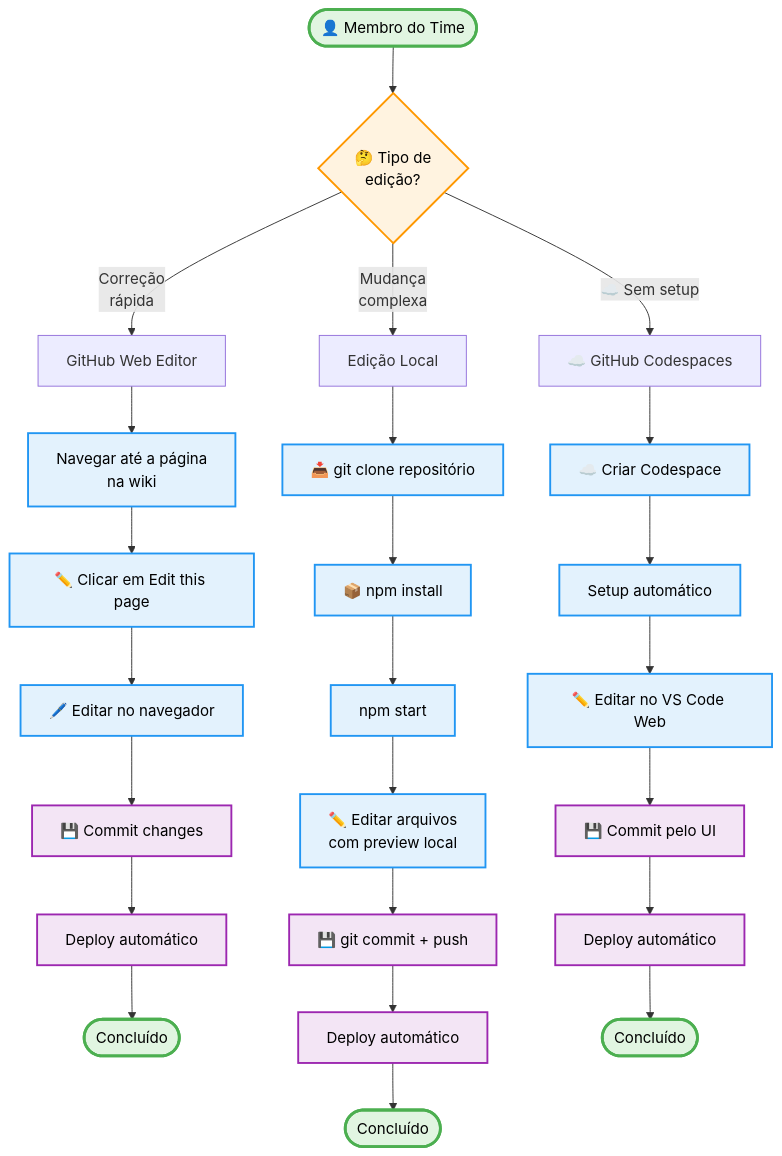
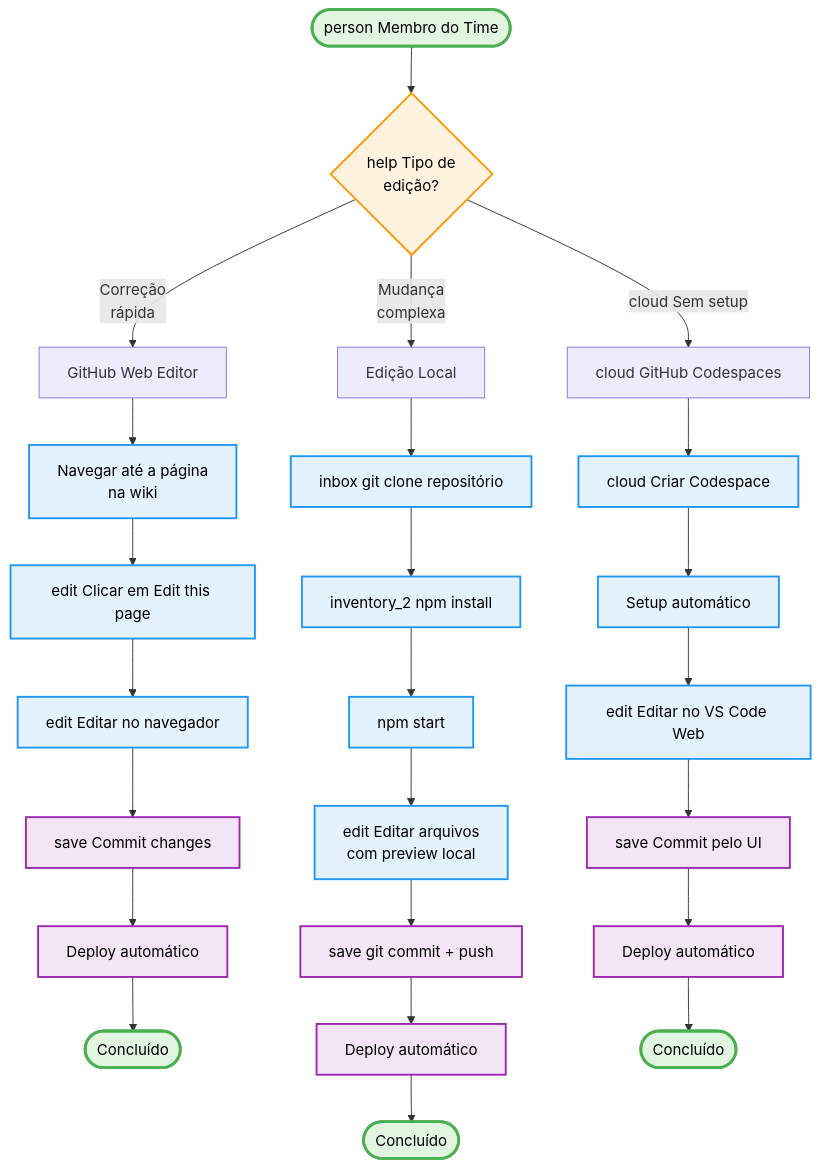
The first of 2 diagrams in documentation/docs/guides/editing-docs.md (fabioeducacross/Ambiente_de_Prototipacao_V5), drawn with Mermaid before and after one commit. The commit also changed other lines of this file and 46 other files, not shown here.

First line of the commit message:
feat: substitui emojis por Material Symbols icons na wiki

````diff
--- a/documentation/docs/guides/editing-docs.md
+++ b/documentation/docs/guides/editing-docs.md
@@ -31,40 +31,40 @@
 ```mermaid
 graph TD
-    Start([👤 Membro do Time]) --> Decision1{🤔 Tipo de<br/>edição?}
+    Start([<span class="material-symbols-outlined">person</span> Membro do Time]) --> Decision1{<span class="material-symbols-outlined">help</span> Tipo de<br/>edição?}
     
     Decision1 -->|<IconEdit /> Correção<br/>rápida| GitHub[<IconGlobe /> GitHub Web Editor]
     Decision1 -->|<IconSettings /> Mudança<br/>complexa| Local[<IconCode /> Edição Local]
-    Decision1 -->|☁️ Sem setup| Codespaces[☁️ GitHub Codespaces]
+    Decision1 -->|<span class="material-symbols-outlined">cloud</span> Sem setup| Codespaces[<span class="material-symbols-outlined">cloud</span> GitHub Codespaces]
     
     GitHub --> Navigate1[<IconDocument /> Navegar até a página<br/>na wiki]
-    Navigate1 --> ClickEdit[✏️ Clicar em Edit this page]
-    ClickEdit --> EditOnline[🖊️ Editar no navegador]
-    EditOnline --> Commit1[💾 Commit changes]
+    Navigate1 --> ClickEdit[<span class="material-symbols-outlined">edit</span> Clicar em Edit this page]
+    ClickEdit --> EditOnline[<span class="material-symbols-outlined">edit</span> Editar no navegador]
+    EditOnline --> Commit1[<span class="material-symbols-outlined">save</span> Commit changes]
     Commit1 --> Deploy1[<IconRocket /> Deploy automático]
     Deploy1 --> End1([<IconCheck /> Concluído])
     
-    Local --> Clone[📥 git clone repositório]
-    Clone --> Install[📦 npm install]
+    Local --> Clone[<span class="material-symbols-outlined">inbox</span> git clone repositório]
+    Clone --> Install[<span class="material-symbols-outlined">inventory_2</span> npm install]
     Install --> StartServer[<IconCode /> npm start]
-    StartServer --> EditLocal[✏️ Editar arquivos<br/>com preview local]
-    EditLocal --> Commit2[💾 git commit + push]
+    StartServer --> EditLocal[<span class="material-symbols-outlined">edit</span> Editar arquivos<br/>com preview local]
+    EditLocal --> Commit2[<span class="material-symbols-outlined">save</span> git commit + push]
     Commit2 --> Deploy2[<IconRocket /> Deploy automático]
     Deploy2 --> End2([<IconCheck /> Concluído])
     
-    Codespaces --> CreateSpace[☁️ Criar Codespace]
+    Codespaces --> CreateSpace[<span class="material-symbols-outlined">cloud</span> Criar Codespace]
     CreateSpace --> AutoSetup[<IconSettings /> Setup automático]
-    AutoSetup --> EditCloud[✏️ Editar no VS Code Web]
-    EditCloud --> Commit3[💾 Commit pelo UI]
+    AutoSetup --> EditCloud[<span class="material-symbols-outlined">edit</span> Editar no VS Code Web]
+    EditCloud --> Commit3[<span class="material-symbols-outlined">save</span> Commit pelo UI]
     Commit3 --> Deploy3[<IconRocket /> Deploy automático]
     Deploy3 --> End3([<IconCheck /> Concluído])
     
     classDef startEnd fill:#e1f5e1,stroke:#4caf50,stroke-width:3px,color:#000
     classDef action fill:#e3f2fd,stroke:#2196f3,stroke-width:2px,color:#000
     classDef decision fill:#fff3e0,stroke:#ff9800,stroke-width:2px,color:#000
     classDef deploy fill:#f3e5f5,stroke:#9c27b0,stroke-width:2px,color:#000
     
     class Start,End1,End2,End3 startEnd
     class Navigate1,ClickEdit,EditOnline,Clone,Install,StartServer,EditLocal,CreateSpace,AutoSetup,EditCloud action
     class Decision1 decision
     class Commit1,Commit2,Commit3,Deploy1,Deploy2,Deploy3 deploy
 ```
````
